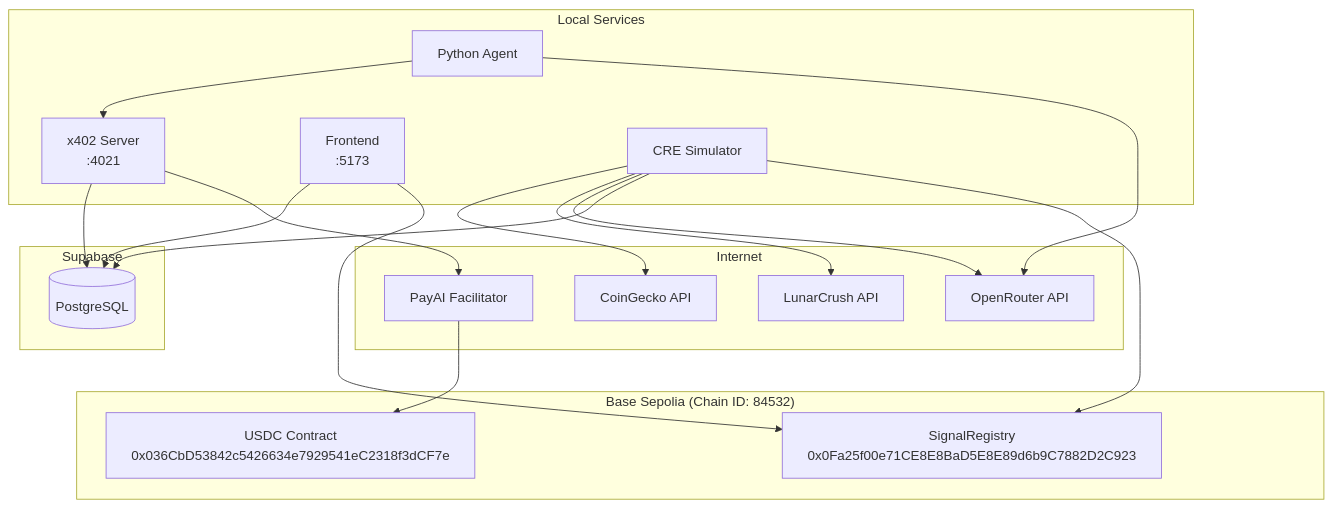
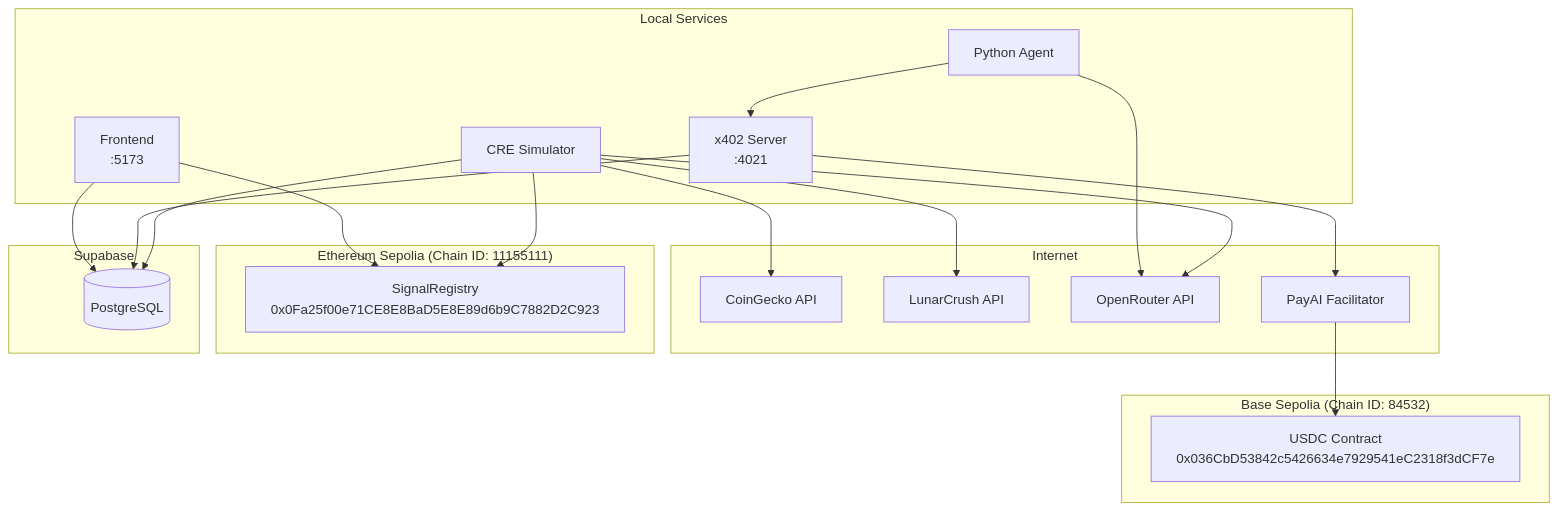
Before and after one commit to N-45div/Vincent: the tenth of 10 diagrams in ARCHITECTURE.md, drawn with Mermaid. The commit also changed other lines of this file and 1 other file, not shown here.

Commit message:
fix: correct chain info - SignalRegistry on Eth Sepolia, x402 on Base Sepolia

````diff
--- a/ARCHITECTURE.md
+++ b/ARCHITECTURE.md
@@ -335,41 +335,44 @@
 ```mermaid
 flowchart TB
     subgraph Internet
         CG[CoinGecko API]
         LC[LunarCrush API]
         OR[OpenRouter API]
         PAY[PayAI Facilitator]
     end
 
     subgraph BaseSepolia["Base Sepolia (Chain ID: 84532)"]
         USDC[USDC Contract<br/>0x036CbD53842c5426634e7929541eC2318f3dCF7e]
+    end
+
+    subgraph EthSepolia["Ethereum Sepolia (Chain ID: 11155111)"]
         SR[SignalRegistry<br/>0x0Fa25f00e71CE8E8BaD5E8E89d6b9C7882D2C923]
     end
 
     subgraph Supabase
         DB[(PostgreSQL)]
     end
 
     subgraph Local["Local Services"]
         X402[x402 Server<br/>:4021]
         FE[Frontend<br/>:5173]
         AGENT[Python Agent]
         CRE[CRE Simulator]
     end
 
     CRE --> CG
     CRE --> LC
     CRE --> OR
     CRE --> DB
     CRE --> SR
 
     X402 --> DB
     X402 --> PAY
     PAY --> USDC
 
     FE --> DB
     FE --> SR
 
     AGENT --> X402
     AGENT --> OR
 ```
````
